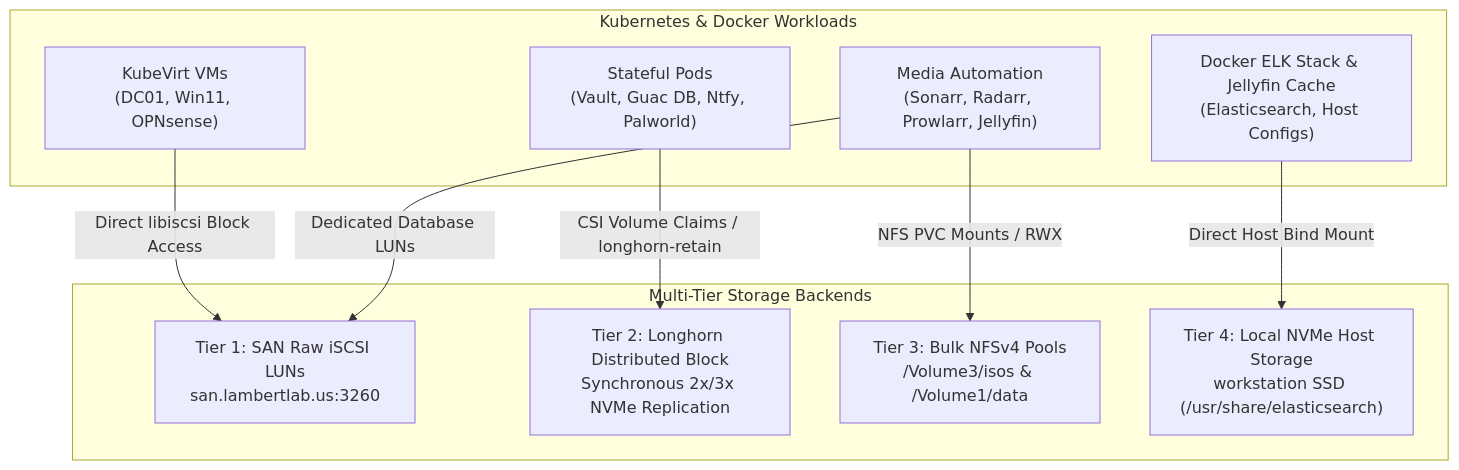
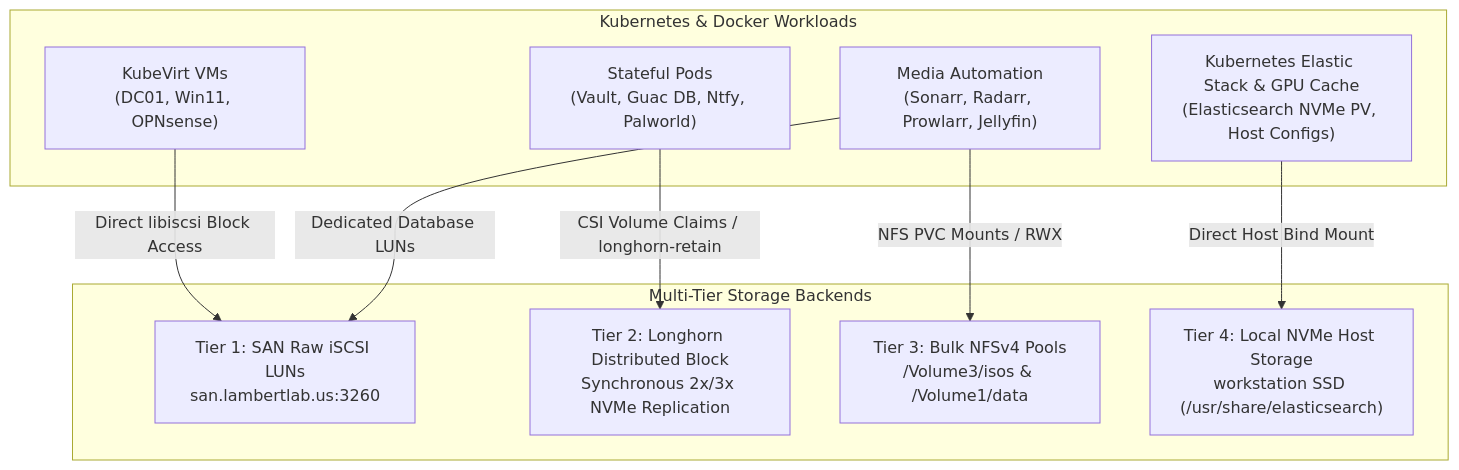
The diagram in docs/architecture/storage.md (ChrisLambert03/homelab), drawn with Mermaid before and after one commit. The commit also changed other lines of this file and 14 other files, not shown here.

Commit message:
docs: modernize architecture, scrub legacy K3s/Flannel/CIDRs, and standardize Elastic Stack

````diff
--- a/docs/architecture/storage.md
+++ b/docs/architecture/storage.md
@@ -9,22 +9,22 @@
 ```mermaid
 graph TD
     subgraph ComputeWorkloads["Kubernetes & Docker Workloads"]
         VMs["KubeVirt VMs<br/>(DC01, Win11, OPNsense)"]
         StatefulPods["Stateful Pods<br/>(Vault, Guac DB, Ntfy, Palworld)"]
         MediaPods["Media Automation<br/>(Sonarr, Radarr, Prowlarr, Jellyfin)"]
-        SIEM["Docker ELK Stack & Jellyfin Cache<br/>(Elasticsearch, Host Configs)"]
+        SIEM["Kubernetes Elastic Stack & GPU Cache<br/>(Elasticsearch NVMe PV, Host Configs)"]
     end
 
     subgraph StorageTiers["Multi-Tier Storage Backends"]
         Tier1["Tier 1: SAN Raw iSCSI LUNs<br/>san.lambertlab.us:3260"]
         Tier2["Tier 2: Longhorn Distributed Block<br/>Synchronous 2x/3x NVMe Replication"]
         Tier3["Tier 3: Bulk NFSv4 Pools<br/>/Volume3/isos & /Volume1/data"]
         Tier4["Tier 4: Local NVMe Host Storage<br/>workstation SSD (/usr/share/elasticsearch)"]
     end
 
     VMs -->|"Direct libiscsi Block Access"| Tier1
     MediaPods -->|"Dedicated Database LUNs"| Tier1
     StatefulPods -->|"CSI Volume Claims / longhorn-retain"| Tier2
     MediaPods -->|"NFS PVC Mounts / RWX"| Tier3
     SIEM -->|"Direct Host Bind Mount"| Tier4
 ```
````
